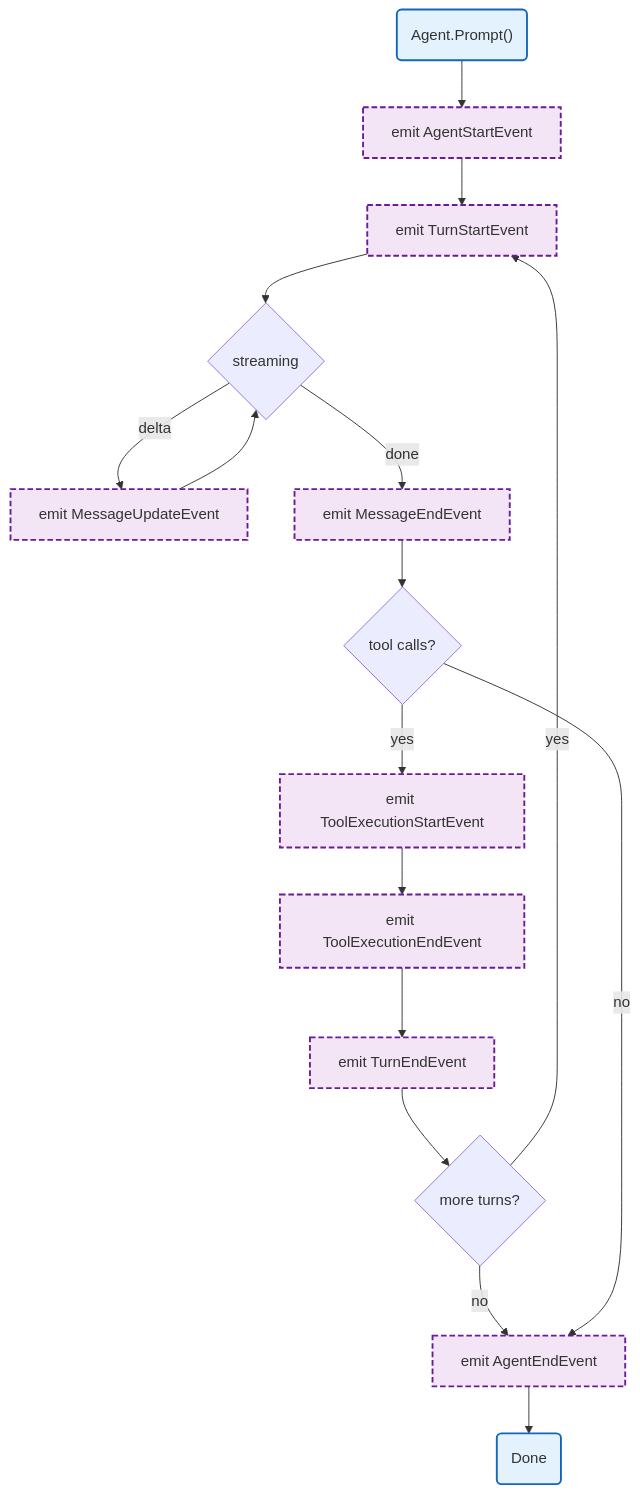
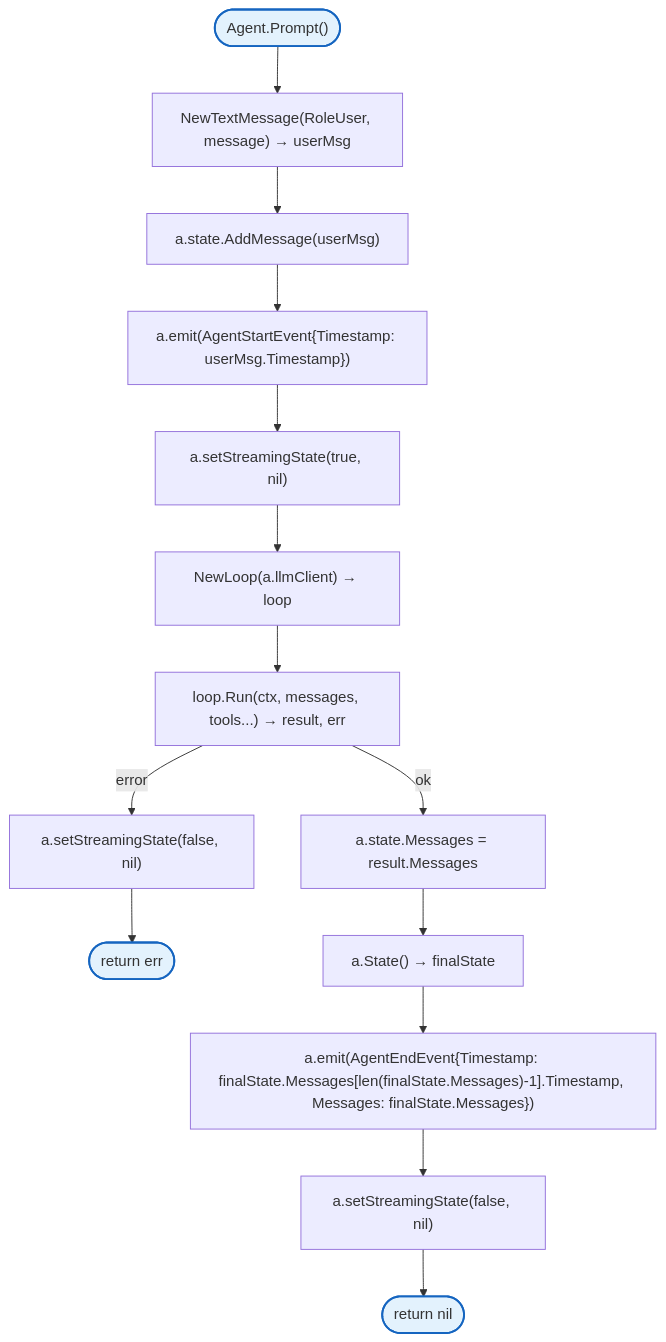
One commit to radch-ai/ava changed the diagram in docs/internal/agent/events.md. Above: the diagram before and after it, drawn with Mermaid. The commit also changed 24 other files, not shown here.

````diff
--- a/docs/internal/agent/events.md
+++ b/docs/internal/agent/events.md
@@ -7,24 +7,20 @@
 ```mermaid
 flowchart TB
-    Start("Agent.Prompt()") --> EmitStart["emit AgentStartEvent"]
-    EmitStart --> EmitTurnStart["emit TurnStartEvent"]
-    EmitTurnStart --> StreamLoop{streaming}
-    StreamLoop -->|delta| EmitUpdate["emit MessageUpdateEvent"]
-    EmitUpdate --> StreamLoop
-    StreamLoop -->|done| EmitEnd["emit MessageEndEvent"]
-    EmitEnd --> CheckTools{tool calls?}
-    CheckTools -->|yes| EmitToolStart["emit ToolExecutionStartEvent"]
-    EmitToolStart --> EmitToolEnd["emit ToolExecutionEndEvent"]
-    EmitToolEnd --> EmitTurnEnd["emit TurnEndEvent"]
-    EmitTurnEnd --> CheckMore{more turns?}
-    CheckMore -->|yes| EmitTurnStart
-    CheckMore -->|no| EmitAgentEnd["emit AgentEndEvent"]
-    CheckTools -->|no| EmitAgentEnd
-    EmitAgentEnd --> Done("Done")
+    Start(["Agent.Prompt()"]) --> NewUserMsg["NewTextMessage(RoleUser, message) → userMsg"]
+    NewUserMsg --> AddMsg["a.state.AddMessage(userMsg)"]
+    AddMsg --> EmitStart["a.emit(AgentStartEvent{Timestamp: userMsg.Timestamp})"]
+    EmitStart --> SetStream["a.setStreamingState(true, nil)"]
+    SetStream --> NewLoop["NewLoop(a.llmClient) → loop"]
+    NewLoop --> RunLoop["loop.Run(ctx, messages, tools...) → result, err"]
+    RunLoop -->|error| ClearStreamErr["a.setStreamingState(false, nil)"]
+    ClearStreamErr --> ReturnErr(["return err"])
+    RunLoop -->|ok| UpdateState["a.state.Messages = result.Messages"]
+    UpdateState --> GetFinalState["a.State() → finalState"]
+    GetFinalState --> EmitEnd["a.emit(AgentEndEvent{Timestamp: finalState.Messages[len(finalState.Messages)-1].Timestamp, Messages: finalState.Messages})"]
+    EmitEnd --> ClearStream["a.setStreamingState(false, nil)"]
+    ClearStream --> ReturnOk(["return nil"])
 
     classDef mainFn fill:#e3f2fd,stroke:#1565c0,stroke-width:2px
-    classDef internalFn fill:#f3e5f5,stroke:#6a1b9a,stroke-width:2px,stroke-dasharray:6 3
 
-    class Start,Done mainFn
-    class EmitStart,EmitTurnStart,EmitUpdate,EmitEnd,EmitToolStart,EmitToolEnd,EmitTurnEnd,EmitAgentEnd internalFn
+    class Start,ReturnErr,ReturnOk mainFn
 ```
````
